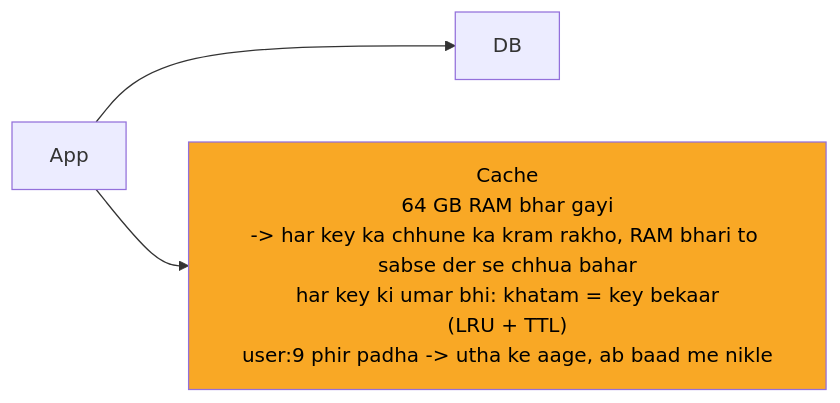
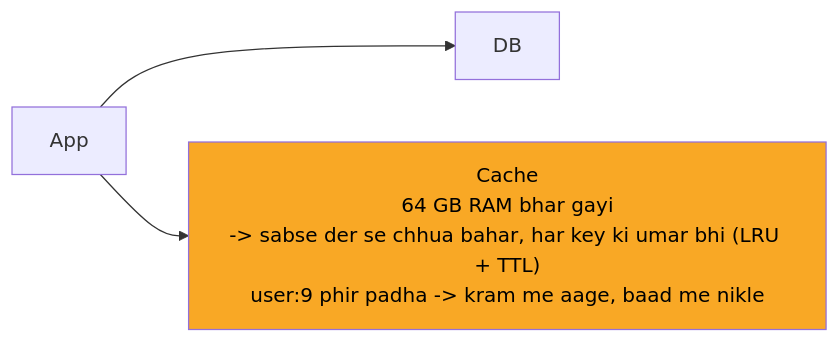
The diagram in 04_HLD/SYSTEM_DESIGNS/10_distributed_cache/img/c1.mmd (ArpanMaheshwari144/Prep), drawn with Mermaid before and after one commit. The commit also changed 17 other files, not shown here.

Commit message:
cache file: peele dabbe chhote (naam/scene/ilaaj + max 1-2 mod), card 1 LRU + card 2 ring ki tasveer usi image me neeche 'kaise?' teer se; tools/concept + map.json

```diff
--- a/04_HLD/SYSTEM_DESIGNS/10_distributed_cache/img/c1.mmd
+++ b/04_HLD/SYSTEM_DESIGNS/10_distributed_cache/img/c1.mmd
@@ -1,8 +1,8 @@
 %%{init: {"flowchart": {"wrappingWidth": 450}}}%%
 flowchart LR
     n_App["App"]
     n_DB["DB"]
-    n_Cache["Cache<br/>64 GB RAM bhar gayi<br/>-> har key ka chhune ka kram rakho, RAM bhari to sabse der se chhua bahar<br/>har key ki umar bhi: khatam = key bekaar<br/>(LRU + TTL)<br/>user:9 phir padha -> utha ke aage, ab baad me nikle"]
+    n_Cache["Cache<br/>64 GB RAM bhar gayi<br/>-> sabse der se chhua bahar, har key ki umar bhi (LRU + TTL)<br/>user:9 phir padha -> kram me aage, baad me nikle"]
     n_App --> n_DB
     n_App --> n_Cache
     style n_Cache fill:#f9a825,color:#000
```
